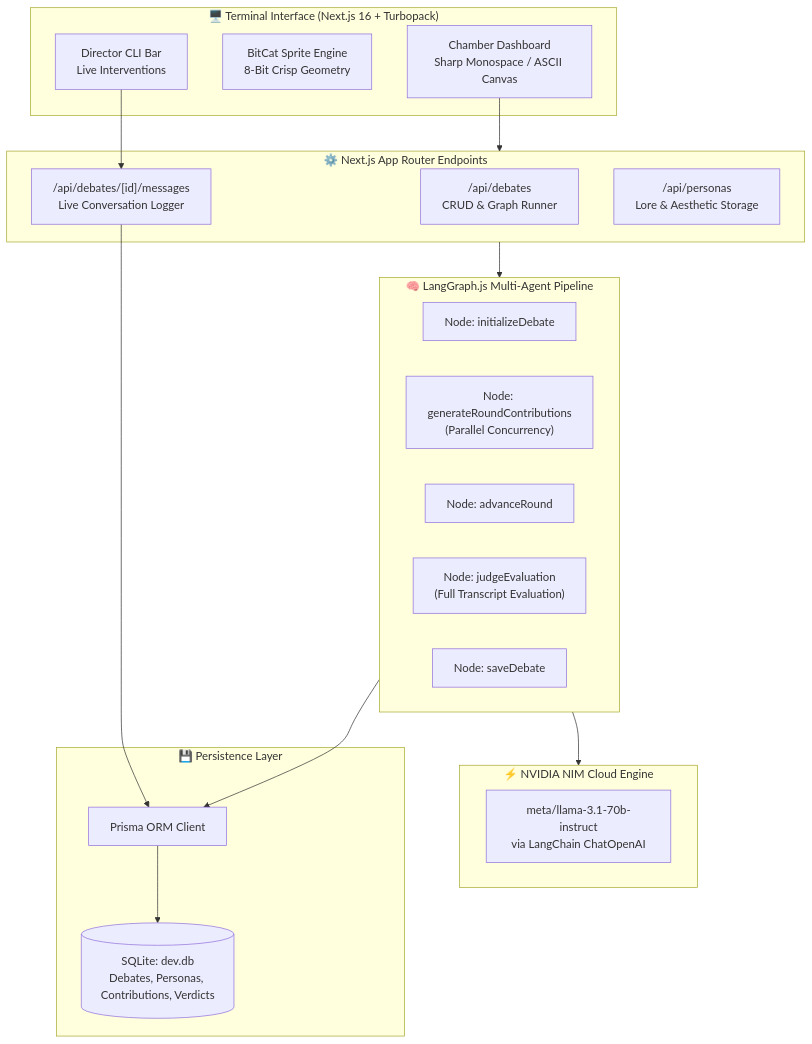
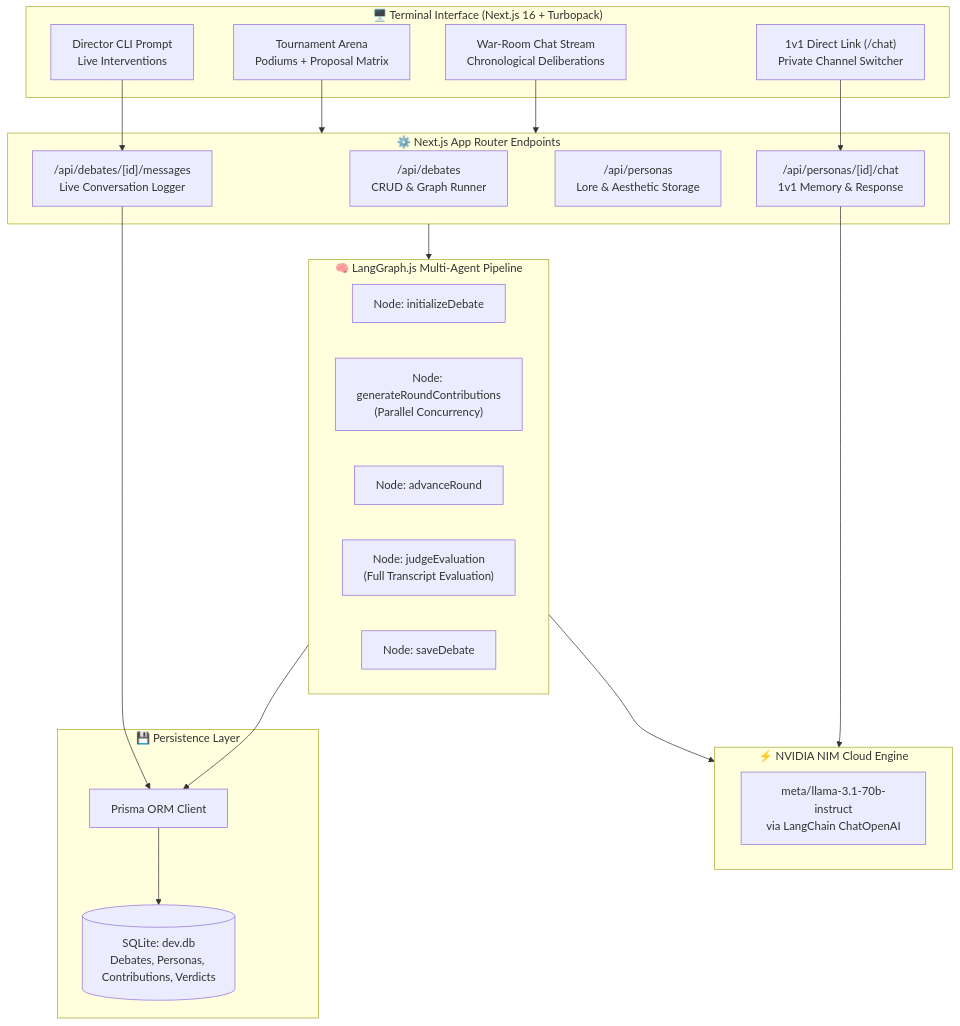
One commit to Abubakkar-Khan/THE_COUNCIL changed the first of 2 diagrams in README.md. Above: the diagram before and after it, drawn with Mermaid. The commit also changed other lines of this file, not shown here.

Commit message:
docs: update README with tournament deliberation protocol, 1v1 chat channel, and updated codebase metrics

````diff
--- a/README.md
+++ b/README.md
@@ -68,39 +83,44 @@
 ```mermaid
 graph TB
     subgraph Client["🖥️ Terminal Interface (Next.js 16 + Turbopack)"]
-        UI["Chamber Dashboard<br/>Sharp Monospace / ASCII Canvas"]
-        Sprite["BitCat Sprite Engine<br/>8-Bit Crisp Geometry"]
-        Input["Director CLI Bar<br/>Live Interventions"]
+        Arena["Tournament Arena<br/>Podiums + Proposal Matrix"]
+        Chat["War-Room Chat Stream<br/>Chronological Deliberations"]
+        DirectChat["1v1 Direct Link (/chat)<br/>Private Channel Switcher"]
+        Input["Director CLI Prompt<br/>Live Interventions"]
     end
 
     subgraph API["⚙️ Next.js App Router Endpoints"]
         DebateAPI["/api/debates<br/>CRUD & Graph Runner"]
         MsgAPI["/api/debates/[id]/messages<br/>Live Conversation Logger"]
         PersonaAPI["/api/personas<br/>Lore & Aesthetic Storage"]
+        DirectAPI["/api/personas/[id]/chat<br/>1v1 Memory & Response"]
     end
 
     subgraph Engine["🧠 LangGraph.js Multi-Agent Pipeline"]
         Init["Node: initializeDebate"]
         GenRound["Node: generateRoundContributions<br/>(Parallel Concurrency)"]
         AdvRound["Node: advanceRound"]
         JudgeNode["Node: judgeEvaluation<br/>(Full Transcript Evaluation)"]
         SaveNode["Node: saveDebate"]
     end
 
     subgraph Inference["⚡ NVIDIA NIM Cloud Engine"]
         LLM["meta/llama-3.1-70b-instruct<br/>via LangChain ChatOpenAI"]
     end
 
     subgraph Storage["💾 Persistence Layer"]
         Prisma["Prisma ORM Client"]
         DB[("SQLite: dev.db<br/>Debates, Personas, Contributions, Verdicts")]
     end
 
-    UI --> API
+    Arena --> API
+    Chat --> API
+    DirectChat --> DirectAPI
     Input --> MsgAPI
     API --> Engine
     Engine --> Inference
     Engine --> Prisma
     MsgAPI --> Prisma
+    DirectAPI --> Inference
     Prisma --> DB
 ```
````
